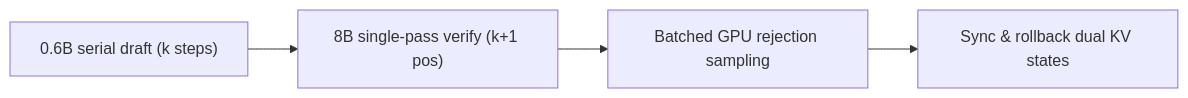
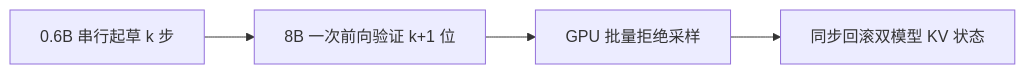
Before and after one commit to tianyuantong/nano-vllm-speculative-decoding: the diagram in README.md, drawn with Mermaid. The commit also changed other lines of this file and 3 other files, not shown here.

````diff
--- a/README.md
+++ b/README.md
@@ -50,6 +50,6 @@
 ```mermaid
 flowchart LR
-    D["0.6B serial draft (k steps)"] --> V["8B single-pass verify (k+1 pos)"]
-    V --> A["Batched GPU rejection sampling"]
-    A --> C["Sync & rollback dual KV states"]
+    D["0.6B 串行起草 k 步"] --> V["8B 一次前向验证 k+1 位"]
+    V --> A["GPU 批量拒绝采样"]
+    A --> C["同步回滚双模型 KV 状态"]
 ```
````
